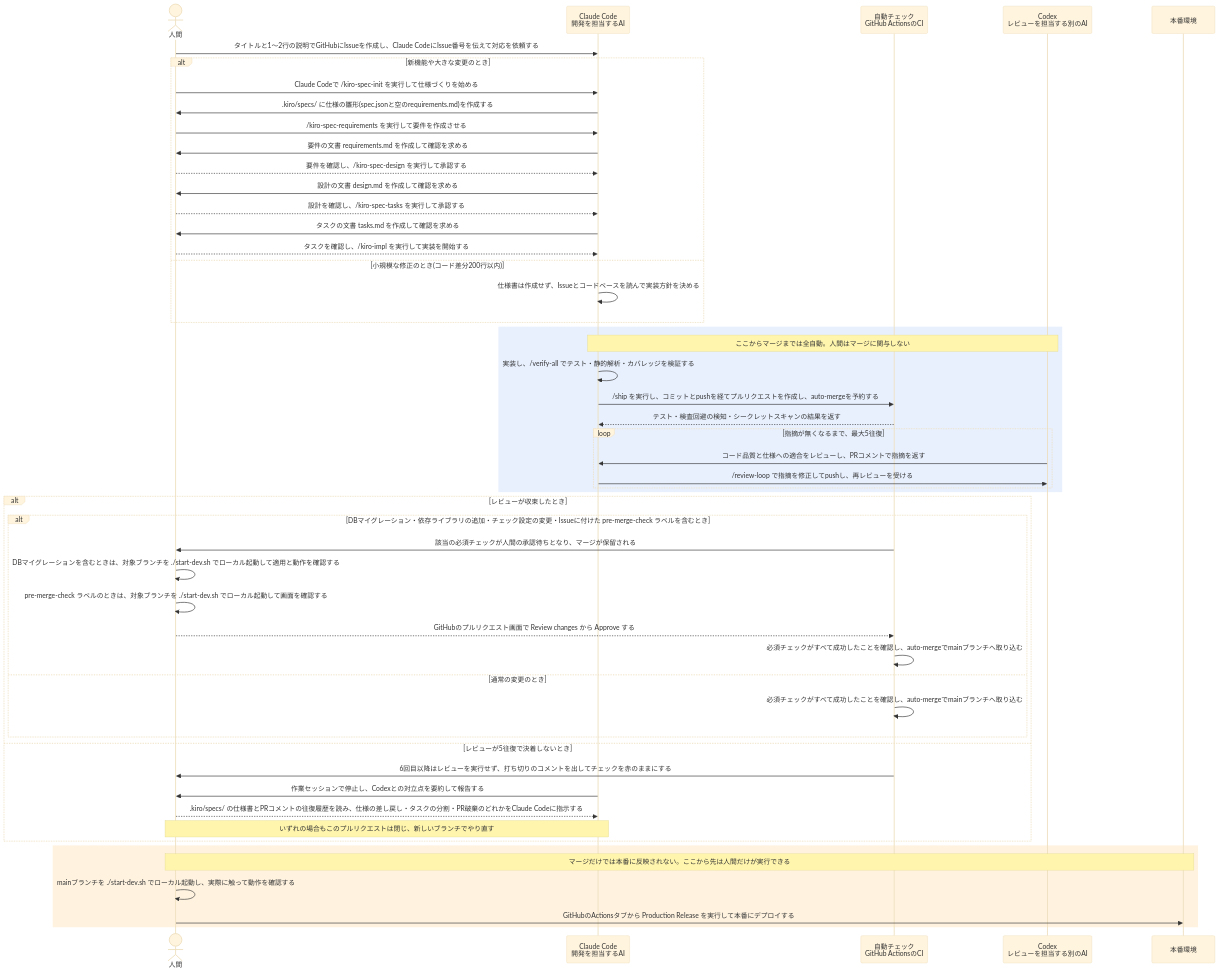
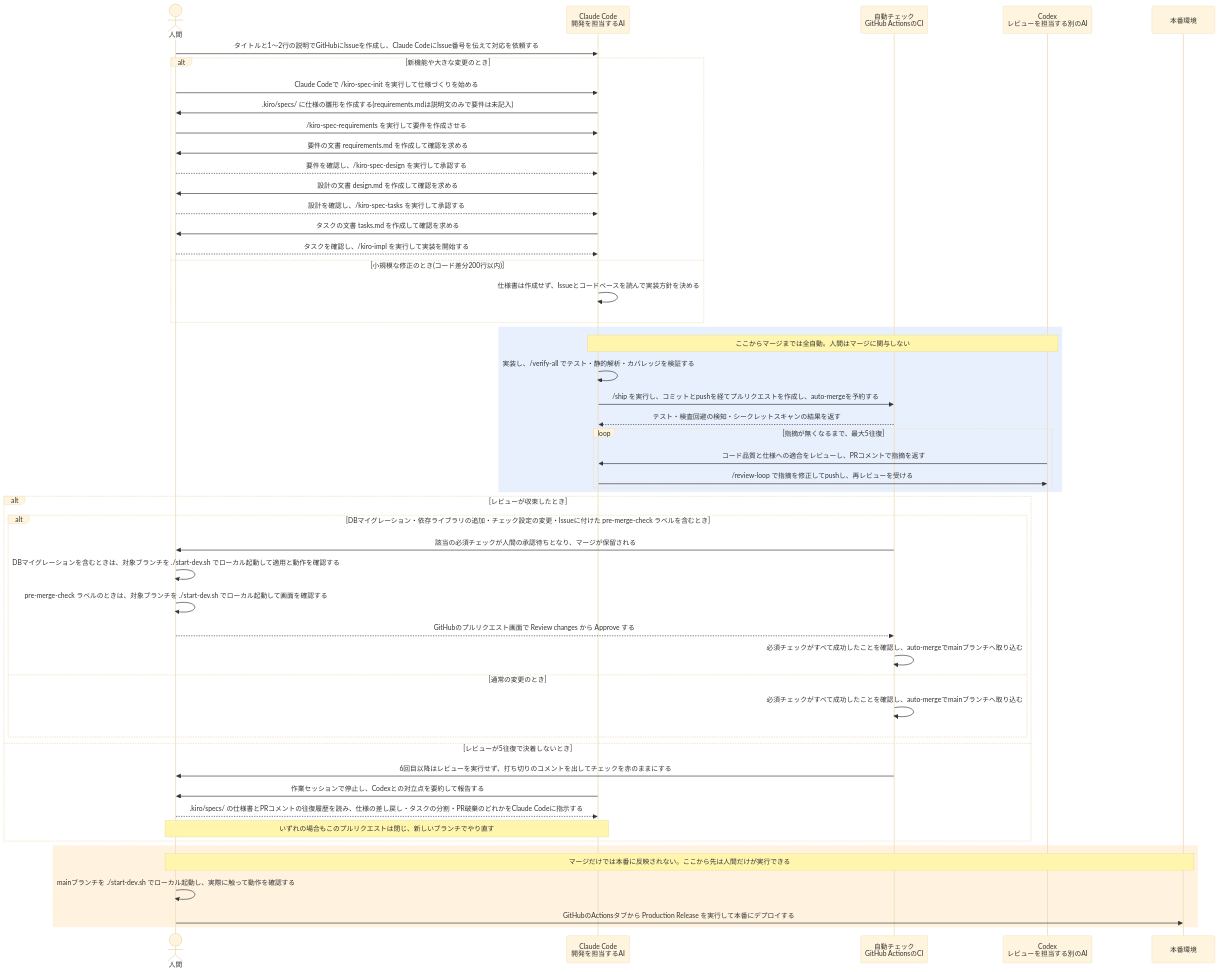
Before and after one commit to DogisRiki/KeirekiPro: the second of 2 diagrams in README.md, drawn with Mermaid (base theme).

Commit message:
docs: シーケンス図のrequirements.mdの説明を正確にする (#189)
Changes:
「空のrequirements.md」を「requirements.mdは説明文のみで要件は未記入」に改めた。

Reason:
/kiro-spec-init が作るrequirements.mdには入力した説明文が入っており、
空なのは要件の節だけのため。#188の修正で入れた文言が不正確だった。

BREAKING CHANGE: N/A
Related: N/A
Refs: #187

````diff
--- a/README.md
+++ b/README.md
@@ -289,58 +289,58 @@
 ```mermaid
 sequenceDiagram
     actor Human as 人間
     participant Claude as Claude Code<br/>開発を担当するAI
     participant CI as 自動チェック<br/>GitHub ActionsのCI
     participant Codex as Codex<br/>レビューを担当する別のAI
     participant Prod as 本番環境
 
     Human->>Claude: タイトルと1〜2行の説明でGitHubにIssueを作成し、Claude CodeにIssue番号を伝えて対応を依頼する
 
     alt 新機能や大きな変更のとき
         Human->>Claude: Claude Codeで /kiro-spec-init を実行して仕様づくりを始める
-        Claude->>Human: .kiro/specs/ に仕様の雛形(spec.jsonと空のrequirements.md)を作成する
+        Claude->>Human: .kiro/specs/ に仕様の雛形を作成する(requirements.mdは説明文のみで要件は未記入)
         Human->>Claude: /kiro-spec-requirements を実行して要件を作成させる
         Claude->>Human: 要件の文書 requirements.md を作成して確認を求める
         Human-->>Claude: 要件を確認し、/kiro-spec-design を実行して承認する
         Claude->>Human: 設計の文書 design.md を作成して確認を求める
         Human-->>Claude: 設計を確認し、/kiro-spec-tasks を実行して承認する
         Claude->>Human: タスクの文書 tasks.md を作成して確認を求める
         Human-->>Claude: タスクを確認し、/kiro-impl を実行して実装を開始する
     else 小規模な修正のとき(コード差分200行以内)
         Claude->>Claude: 仕様書は作成せず、Issueとコードベースを読んで実装方針を決める
     end
 
     rect rgb(232, 240, 254)
         Note over Claude,Codex: ここからマージまでは全自動。人間はマージに関与しない
         Claude->>Claude: 実装し、/verify-all でテスト・静的解析・カバレッジを検証する
         Claude->>CI: /ship を実行し、コミットとpushを経てプルリクエストを作成し、auto-mergeを予約する
         CI-->>Claude: テスト・検査回避の検知・シークレットスキャンの結果を返す
         loop 指摘が無くなるまで、最大5往復
             Codex->>Claude: コード品質と仕様への適合をレビューし、PRコメントで指摘を返す
             Claude->>Codex: /review-loop で指摘を修正してpushし、再レビューを受ける
         end
     end
 
     alt レビューが収束したとき
         alt DBマイグレーション・依存ライブラリの追加・チェック設定の変更・Issueに付けた pre-merge-check ラベルを含むとき
             CI->>Human: 該当の必須チェックが人間の承認待ちとなり、マージが保留される
             Human->>Human: DBマイグレーションを含むときは、対象ブランチを ./start-dev.sh でローカル起動して適用と動作を確認する
             Human->>Human: pre-merge-check ラベルのときは、対象ブランチを ./start-dev.sh でローカル起動して画面を確認する
             Human-->>CI: GitHubのプルリクエスト画面で Review changes から Approve する
             CI->>CI: 必須チェックがすべて成功したことを確認し、auto-mergeでmainブランチへ取り込む
         else 通常の変更のとき
             CI->>CI: 必須チェックがすべて成功したことを確認し、auto-mergeでmainブランチへ取り込む
         end
     else レビューが5往復で決着しないとき
         CI->>Human: 6回目以降はレビューを実行せず、打ち切りのコメントを出してチェックを赤のままにする
         Claude->>Human: 作業セッションで停止し、Codexとの対立点を要約して報告する
         Human-->>Claude: .kiro/specs/ の仕様書とPRコメントの往復履歴を読み、仕様の差し戻し・タスクの分割・PR破棄のどれかをClaude Codeに指示する
         Note over Claude,Human: いずれの場合もこのプルリクエストは閉じ、新しいブランチでやり直す
     end
 
     rect rgb(255, 243, 224)
         Note over Human,Prod: マージだけでは本番に反映されない。ここから先は人間だけが実行できる
         Human->>Human: mainブランチを ./start-dev.sh でローカル起動し、実際に触って動作を確認する
         Human->>Prod: GitHubのActionsタブから Production Release を実行して本番にデプロイする
     end
 ```
````
